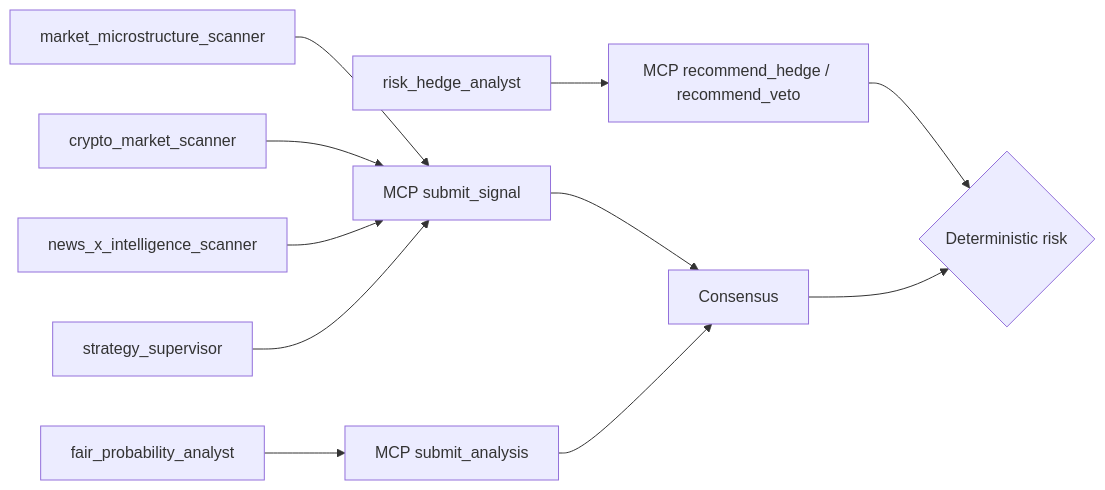
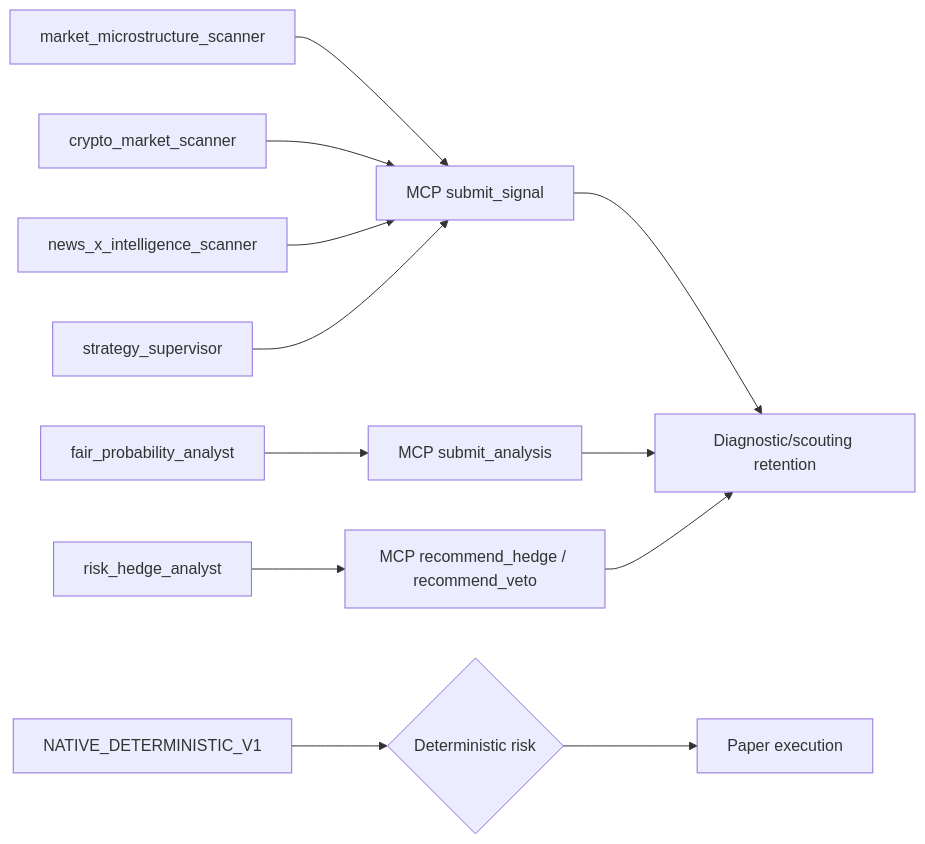
One commit to mstfgncr23-eng/Polymarket-Engine changed the third of 4 diagrams in README.md. Above: the diagram before and after it, drawn with Mermaid. The commit also changed other lines of this file and 28 other files, not shown here.

Commit message:
feat: make native deterministic model the decision authority

````diff
--- a/README.md
+++ b/README.md
@@ -125,13 +120,14 @@
 ```mermaid
 flowchart LR
   S1[market_microstructure_scanner] --> IN[MCP submit_signal]
   S2[crypto_market_scanner] --> IN
   S3[news_x_intelligence_scanner] --> IN
   A1[fair_probability_analyst] --> AN[MCP submit_analysis]
   R1[risk_hedge_analyst] --> H[MCP recommend_hedge / recommend_veto]
   SV[strategy_supervisor] --> IN
-  IN --> C[Consensus]
-  AN --> C
-  H --> V{Deterministic risk}
-  C --> V
+  IN --> D[Diagnostic/scouting retention]
+  AN --> D
+  H --> D
+  N[NATIVE_DETERMINISTIC_V1] --> V{Deterministic risk}
+  V --> X[Paper execution]
 ```
````
